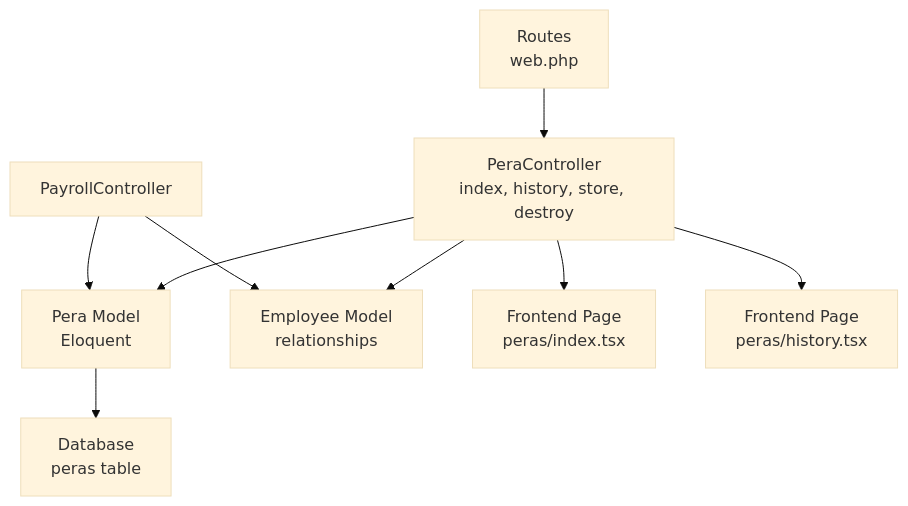
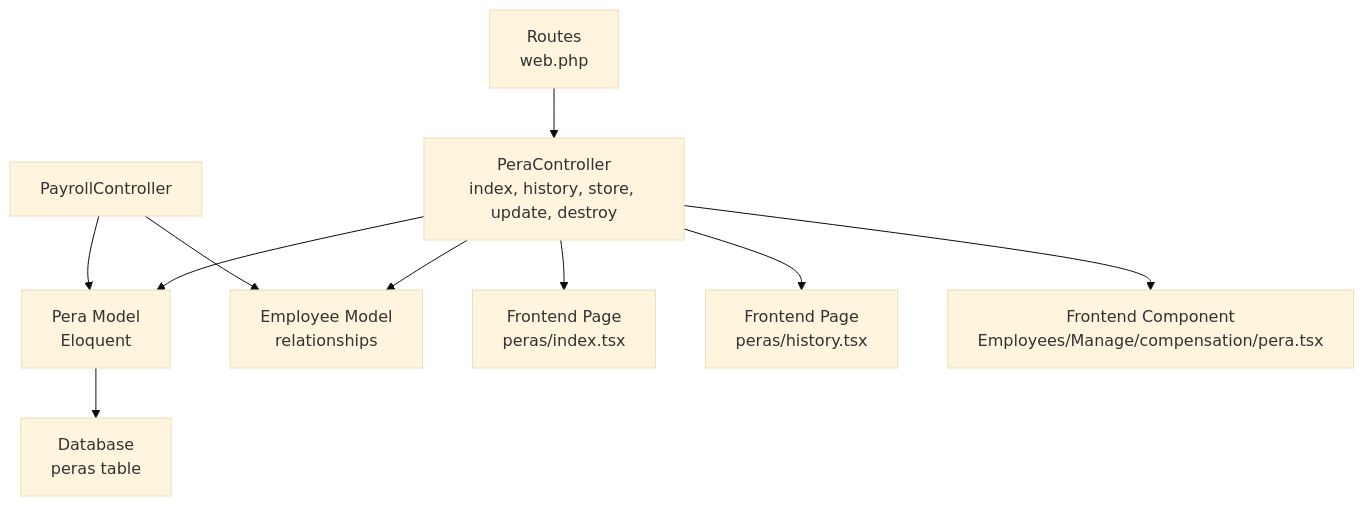
One commit to vincet0t15/template changed the first of 5 diagrams in .qoder/repowiki/en/content/API Documentation/Payroll Management API/PERA Contribution API.md. Above: the diagram before and after it, drawn with Mermaid (base theme). The commit also changed other lines of this file and 11 other files, not shown here.

````diff
--- a/.qoder/repowiki/en/content/API Documentation/Payroll Management API/PERA Contribution API.md
+++ b/.qoder/repowiki/en/content/API Documentation/Payroll Management API/PERA Contribution API.md
@@ -34,11 +43,12 @@
 ```mermaid
 graph TB
-Routes["Routes<br/>web.php"] --> Controller["PeraController<br/>index, history, store, destroy"]
+Routes["Routes<br/>web.php"] --> Controller["PeraController<br/>index, history, store, update, destroy"]
 Controller --> Model["Pera Model<br/>Eloquent"]
 Controller --> EmployeeModel["Employee Model<br/>relationships"]
 Controller --> ViewIndex["Frontend Page<br/>peras/index.tsx"]
 Controller --> ViewHistory["Frontend Page<br/>peras/history.tsx"]
+Controller --> ViewCompensation["Frontend Component<br/>Employees/Manage/compensation/pera.tsx"]
 Model --> DB["Database<br/>peras table"]
 Payroll["PayrollController"] --> EmployeeModel
 Payroll --> Model
 ```
````
